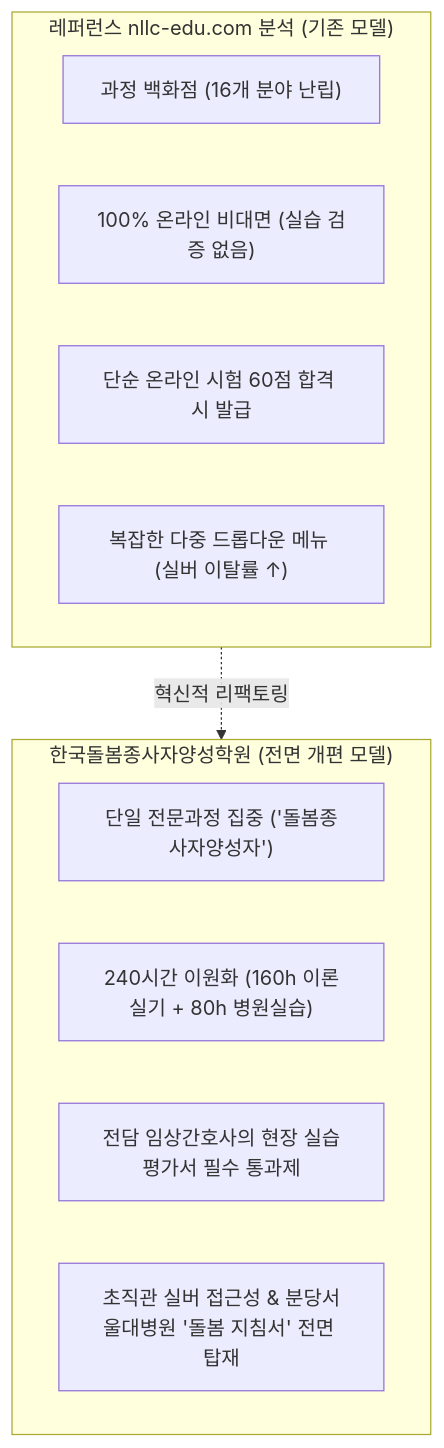
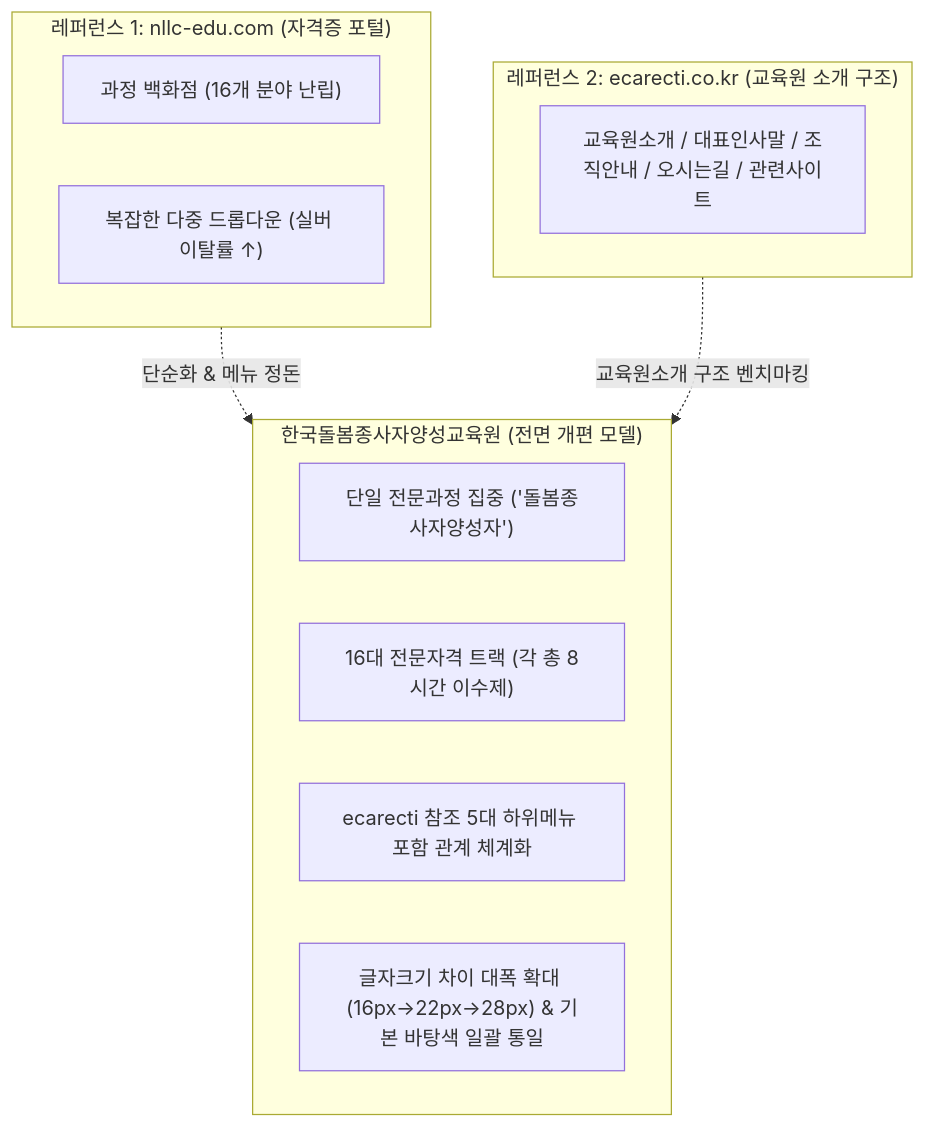
The first of 5 diagrams in docs/ux/REVISED_IA_AND_MENU_SPECIFICATION.md (yojulab/ex_project_ecare24_elearning), drawn with Mermaid before and after one commit. The commit also changed other lines of this file and 8 other files, not shown here.

````diff
--- a/docs/ux/REVISED_IA_AND_MENU_SPECIFICATION.md
+++ b/docs/ux/REVISED_IA_AND_MENU_SPECIFICATION.md
@@ -31,18 +32,21 @@
 ```mermaid
 flowchart TD
-    subgraph AsIs["레퍼런스 nllc-edu.com 분석 (기존 모델)"]
-        A1["과정 백화점 (16개 분야 난립)"]
-        A2["100% 온라인 비대면 (실습 검증 없음)"]
-        A3["단순 온라인 시험 60점 합격 시 발급"]
-        A4["복잡한 다중 드롭다운 메뉴 (실버 이탈률 ↑)"]
+    subgraph Ref1["레퍼런스 1: nllc-edu.com (자격증 포털)"]
+        R1["과정 백화점 (16개 분야 난립)"]
+        R2["복잡한 다중 드롭다운 (실버 이탈률 ↑)"]
     end
 
-    subgraph ToBe["한국돌봄종사자양성학원 (전면 개편 모델)"]
-        B1["단일 전문과정 집중 ('돌봄종사자양성자')"]
-        B2["240시간 이원화 (160h 이론실기 + 80h 병원실습)"]
-        B3["전담 임상간호사의 현장 실습평가서 필수 통과제"]
-        B4["초직관 실버 접근성 & 분당서울대병원 '돌봄 지침서' 전면 탑재"]
+    subgraph Ref2["레퍼런스 2: ecarecti.co.kr (교육원 소개 구조)"]
+        E1["교육원소개 / 대표인사말 / 조직안내 / 오시는길 / 관련사이트"]
     end
 
-    AsIs -.->|혁신적 리팩토링| ToBe
+    subgraph ToBe["한국돌봄종사자양성교육원 (전면 개편 모델)"]
+        B1["단일 전문과정 집중 ('돌봄종사자양성자')"]
+        B2["16대 전문자격 트랙 (각 총 8시간 이수제)"]
+        B3["ecarecti 참조 5대 하위메뉴 포함 관계 체계화"]
+        B4["글자크기 차이 대폭 확대 (16px→22px→28px) & 기본 바탕색 일괄 통일"]
+    end
+
+    Ref1 -.->|단순화 & 메뉴 정돈| ToBe
+    Ref2 -.->|교육원소개 구조 벤치마킹| ToBe
 ```
````
